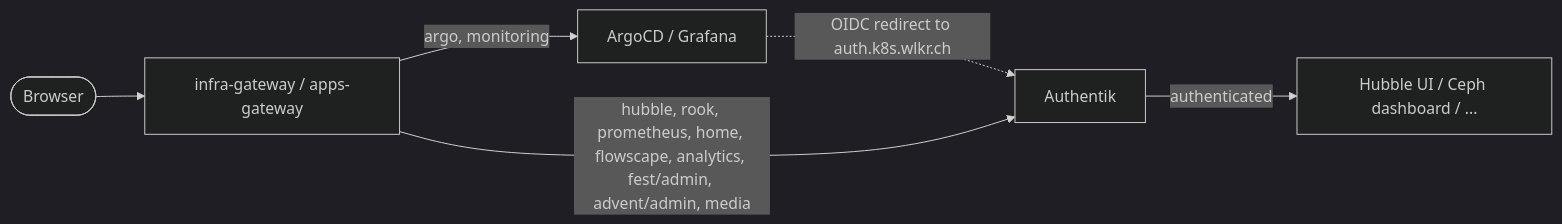
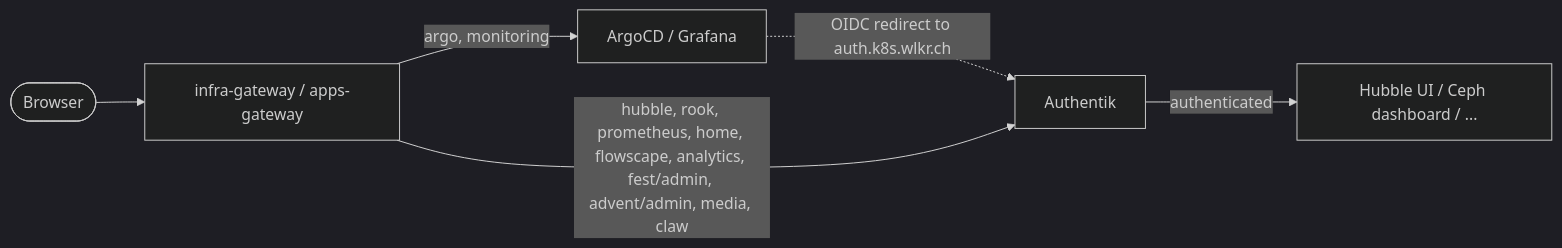
The diagram in docs/platform/authentik.md (JanWelker/homelab), drawn with Mermaid (dark theme) before and after one commit. The commit also changed other lines of this file and 3 other files, not shown here.

````diff
--- a/docs/platform/authentik.md
+++ b/docs/platform/authentik.md
@@ -42,8 +42,8 @@
 ```mermaid
 flowchart LR
     U([Browser]) --> GW[infra-gateway / apps-gateway]
     GW -->|argo, monitoring| APP[ArgoCD / Grafana]
     APP -.->|OIDC redirect to auth.k8s.wlkr.ch| AK[Authentik]
-    GW -->|hubble, rook, prometheus, home, flowscape, analytics, fest/admin, advent/admin, media| AK
+    GW -->|hubble, rook, prometheus, home, flowscape, analytics, fest/admin, advent/admin, media, claw| AK
     AK -->|authenticated| BE[Hubble UI / Ceph dashboard / ...]
 ```
````
